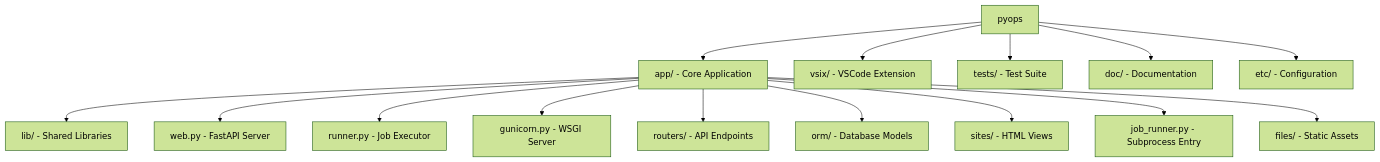
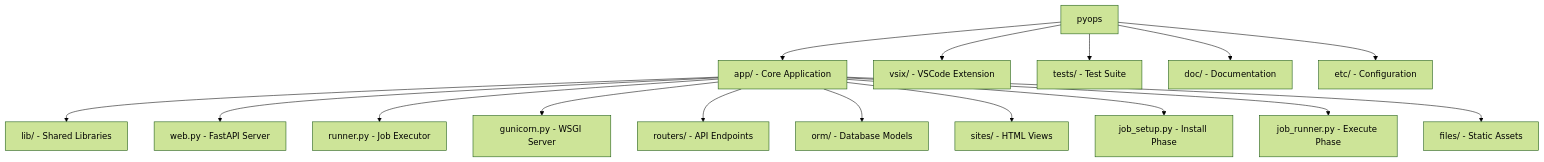
One commit to pyops-project/pyops changed the first of 10 diagrams in doc/insights_app.md. Above: the diagram before and after it, drawn with Mermaid (forest theme). The commit also changed other lines of this file and 22 other files, not shown here.

````diff
--- a/doc/insights_app.md
+++ b/doc/insights_app.md
@@ -9,17 +9,18 @@
 ```mermaid
 graph TD
     A[pyops] --> B[app/ - Core Application]
     A --> C[vsix/ - VSCode Extension]
     A --> D[tests/ - Test Suite]
     A --> E[doc/ - Documentation]
     A --> F[etc/ - Configuration]
     B --> G[lib/ - Shared Libraries]
     B --> H[web.py - FastAPI Server]
     B --> I[runner.py - Job Executor]
     B --> J[gunicorn.py - WSGI Server]
     B --> K[routers/ - API Endpoints]
     B --> L[orm/ - Database Models]
     B --> M[sites/ - HTML Views]
-    B --> N[job_runner.py - Subprocess Entry]
+    B --> N1[job_setup.py - Install Phase]
+    B --> N2[job_runner.py - Execute Phase]
     B --> O[files/ - Static Assets]
 ```
````
